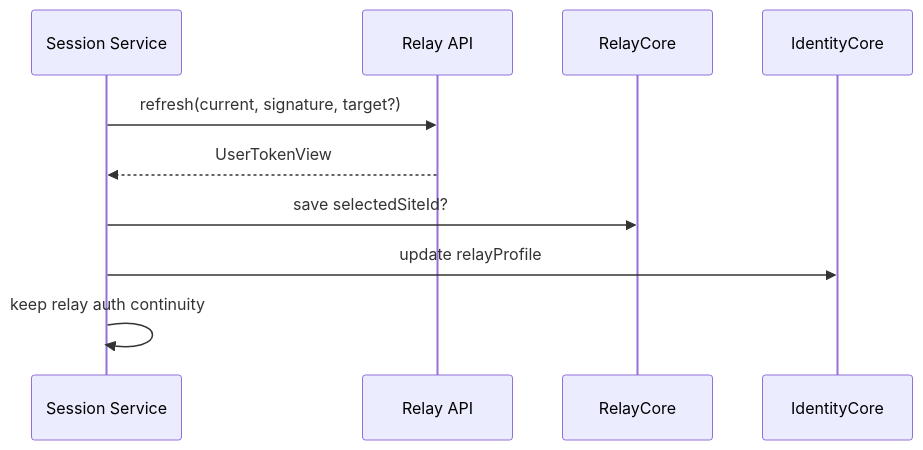
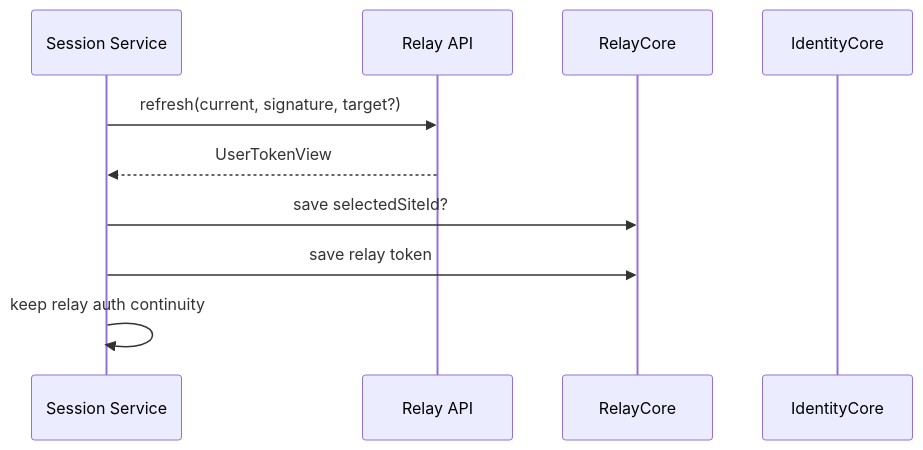
The third of 14 diagrams in libs/web-core/docs/session/session-scenarios.md (lemoncloud-io/dou-app), drawn with Mermaid before and after one commit. The commit also changed other lines of this file and 19 other files, not shown here.

````diff
--- a/libs/web-core/docs/session/session-scenarios.md
+++ b/libs/web-core/docs/session/session-scenarios.md
@@ -358,12 +354,12 @@
 ```mermaid
 sequenceDiagram
   participant S as Session Service
   participant R as Relay API
   participant RC as RelayCore
   participant IC as IdentityCore
   S->>R: refresh(current, signature, target?)
   R-->>S: UserTokenView
   S->>RC: save selectedSiteId?
-  S->>IC: update relayProfile
+  S->>RC: save relay token
   S->>S: keep relay auth continuity
 ```
````
